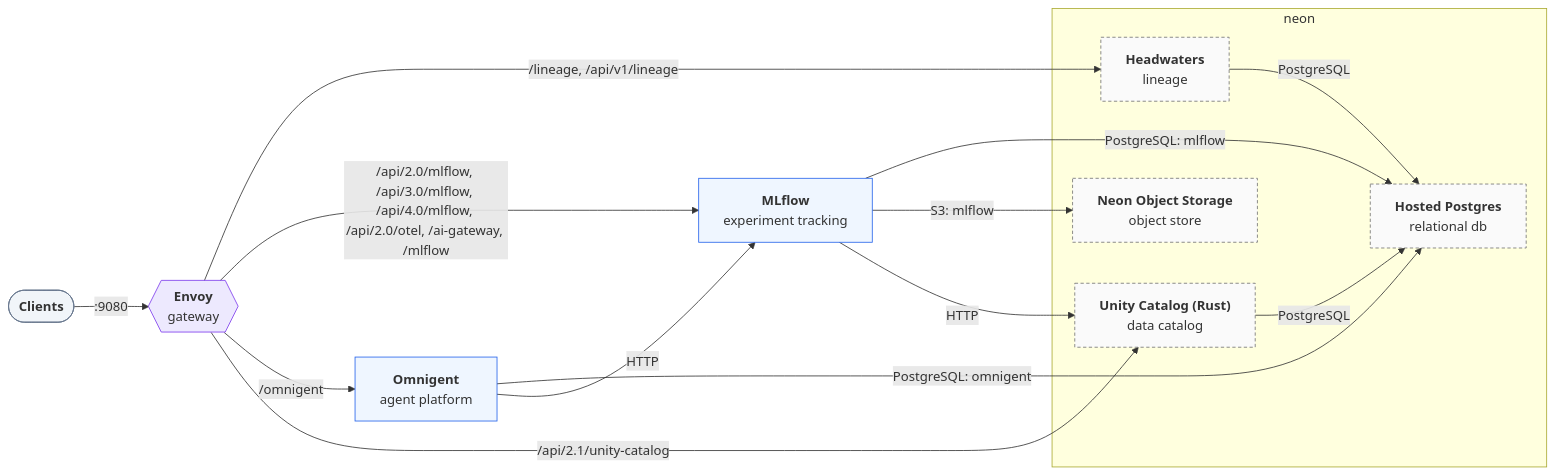
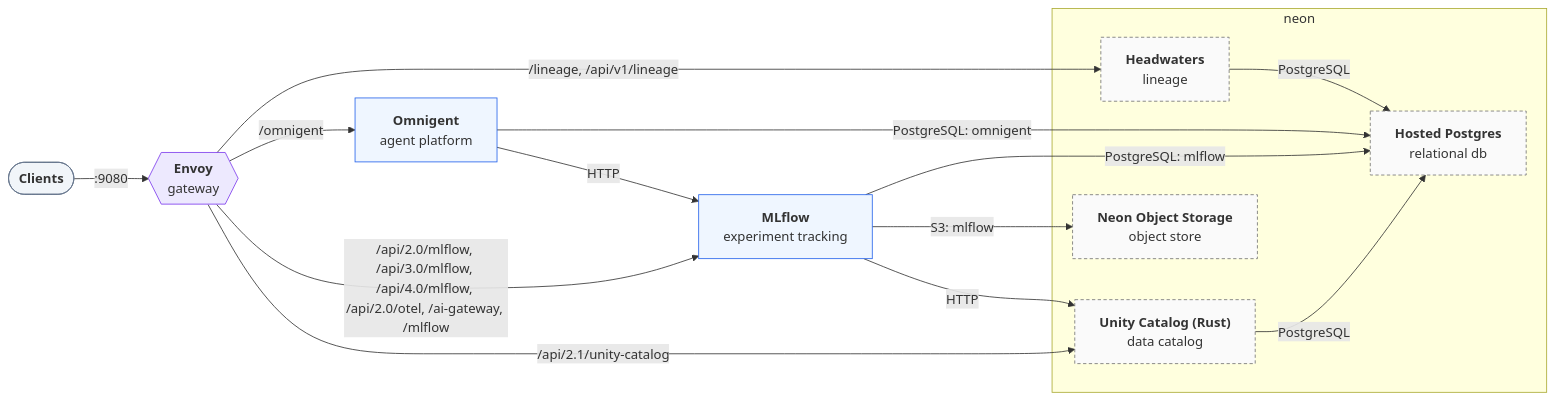
The diagram in test/expected/neon-hybrid/README.md (open-lakehouse/trestle), drawn with Mermaid before and after one commit. The commit also changed other lines of this file and 40 other files, not shown here.

First line of the commit message:
feat(olai-stack-topology)!: Omnigent without MLflow (#403)

````diff
--- a/test/expected/neon-hybrid/README.md
+++ b/test/expected/neon-hybrid/README.md
@@ -9,29 +9,29 @@
 ```mermaid
 flowchart LR
     n0(["<b>Clients</b>"]):::clients
     n1{{"<b>Envoy</b><br/>gateway"}}:::gateway
-    n5["<b>MLflow</b><br/>experiment tracking"]:::component
-    n6["<b>Omnigent</b><br/>agent platform"]:::component
+    n4["<b>Omnigent</b><br/>agent platform"]:::component
+    n6["<b>MLflow</b><br/>experiment tracking"]:::component
     subgraph cloud0["neon"]
         n2["<b>Headwaters</b><br/>lineage"]:::external
         n3["<b>Hosted Postgres</b><br/>relational db"]:::external
-        n4["<b>Neon Object Storage</b><br/>object store"]:::external
+        n5["<b>Neon Object Storage</b><br/>object store"]:::external
         n7["<b>Unity Catalog (Rust)</b><br/>data catalog"]:::external
     end
     n0 -->|":9080"| n1
     n1 -->|"/lineage, /api/v1/lineage"| n2
-    n1 -->|"/api/2.0/mlflow, /api/3.0/mlflow, /api/4.0/mlflow, /api/2.0/otel, /ai-gateway, /mlflow"| n5
-    n1 -->|"/omnigent"| n6
+    n1 -->|"/omnigent"| n4
+    n1 -->|"/api/2.0/mlflow, /api/3.0/mlflow, /api/4.0/mlflow, /api/2.0/otel, /ai-gateway, /mlflow"| n6
     n1 -->|"/api/2.1/unity-catalog"| n7
-    n5 -->|"PostgreSQL: mlflow"| n3
-    n5 -->|"S3: mlflow"| n4
-    n6 -->|"PostgreSQL: omnigent"| n3
-    n5 -->|"HTTP"| n7
-    n6 -->|"HTTP"| n5
+    n4 -->|"PostgreSQL: omnigent"| n3
+    n6 -->|"PostgreSQL: mlflow"| n3
+    n6 -->|"S3: mlflow"| n5
+    n4 -->|"HTTP"| n6
+    n6 -->|"HTTP"| n7
     n2 -->|"PostgreSQL"| n3
     n7 -->|"PostgreSQL"| n3
     classDef clients fill:#f1f5f9,stroke:#64748b
     classDef gateway fill:#ede9fe,stroke:#7c3aed
     classDef component fill:#eff6ff,stroke:#2563eb
     classDef external fill:#fafafa,stroke:#737373,stroke-dasharray: 4 3
 ```
````
